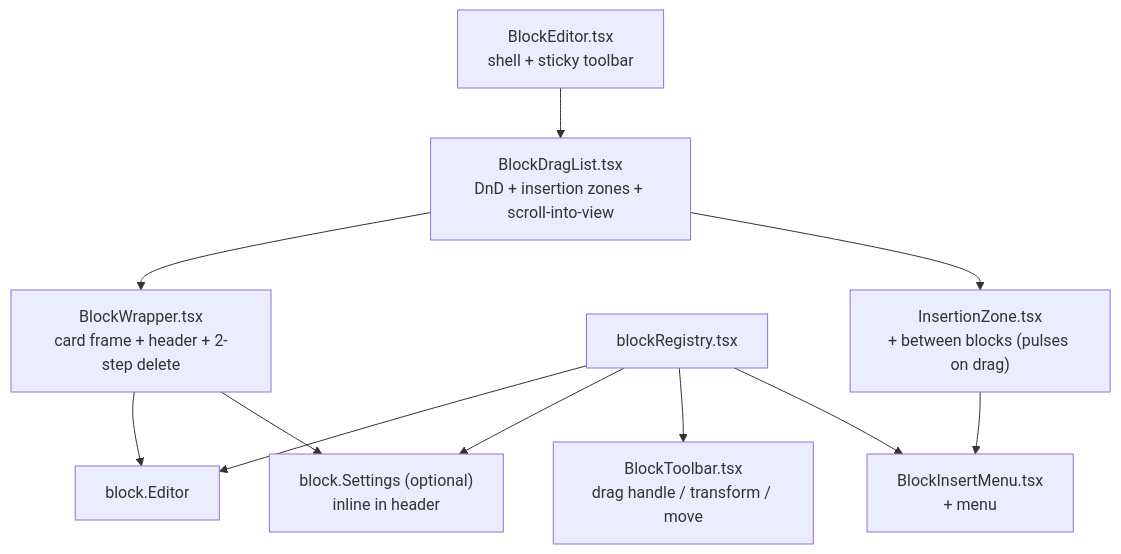
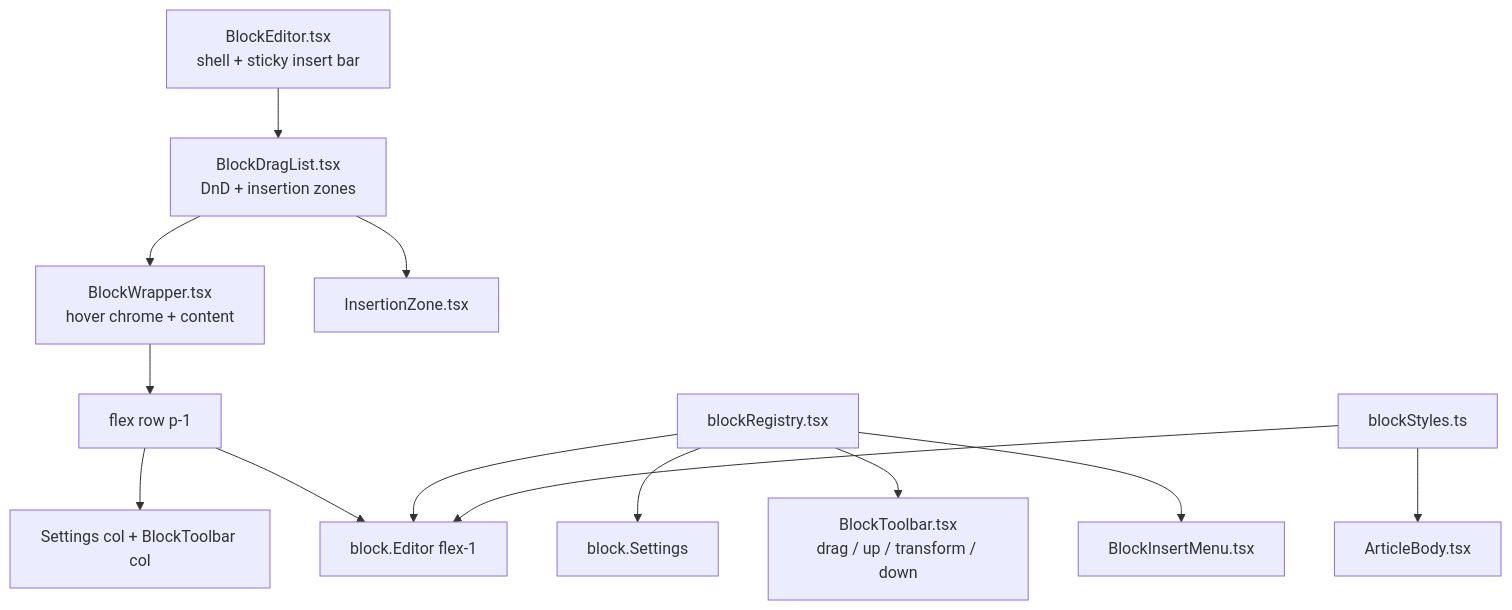
Before and after one commit to dash000meyti/nextgen-cms-Pelak: the diagram in docs/BLOCK-EDITOR.md, drawn with Mermaid. The commit also changed other lines of this file and 23 other files, not shown here.

````diff
--- a/docs/BLOCK-EDITOR.md
+++ b/docs/BLOCK-EDITOR.md
@@ -22,13 +24,15 @@
 ```mermaid
 flowchart TB
-  Shell["BlockEditor.tsx<br/>shell + sticky toolbar"] --> DragList["BlockDragList.tsx<br/>DnD + insertion zones + scroll-into-view"]
-  DragList --> Wrapper["BlockWrapper.tsx<br/>card frame + header + 2-step delete"]
-  Wrapper --> Editor["block.Editor"]
-  Wrapper --> Settings["block.Settings (optional)<br/>inline in header"]
+  Shell["BlockEditor.tsx<br/>shell + sticky insert bar"] --> DragList["BlockDragList.tsx<br/>DnD + insertion zones"]
+  DragList --> Wrapper["BlockWrapper.tsx<br/>hover chrome + content"]
+  Wrapper --> Row["flex row p-1"]
+  Row --> Chrome["Settings col + BlockToolbar col"]
+  Row --> Editor["block.Editor flex-1"]
   Registry["blockRegistry.tsx"] --> Editor
-  Registry --> Settings
-  Registry --> Toolbar["BlockToolbar.tsx<br/>drag handle / transform / move"]
-  Registry --> InsertMenu["BlockInsertMenu.tsx<br/>+ menu"]
-  DragList --> Zone["InsertionZone.tsx<br/>+ between blocks (pulses on drag)"]
-  Zone --> InsertMenu
+  Registry --> Settings["block.Settings"]
+  Registry --> Toolbar["BlockToolbar.tsx<br/>drag / up / transform / down"]
+  Registry --> InsertMenu["BlockInsertMenu.tsx"]
+  DragList --> Zone["InsertionZone.tsx"]
+  Styles["blockStyles.ts"] --> Editor
+  Styles --> Public["ArticleBody.tsx"]
 ```
````
